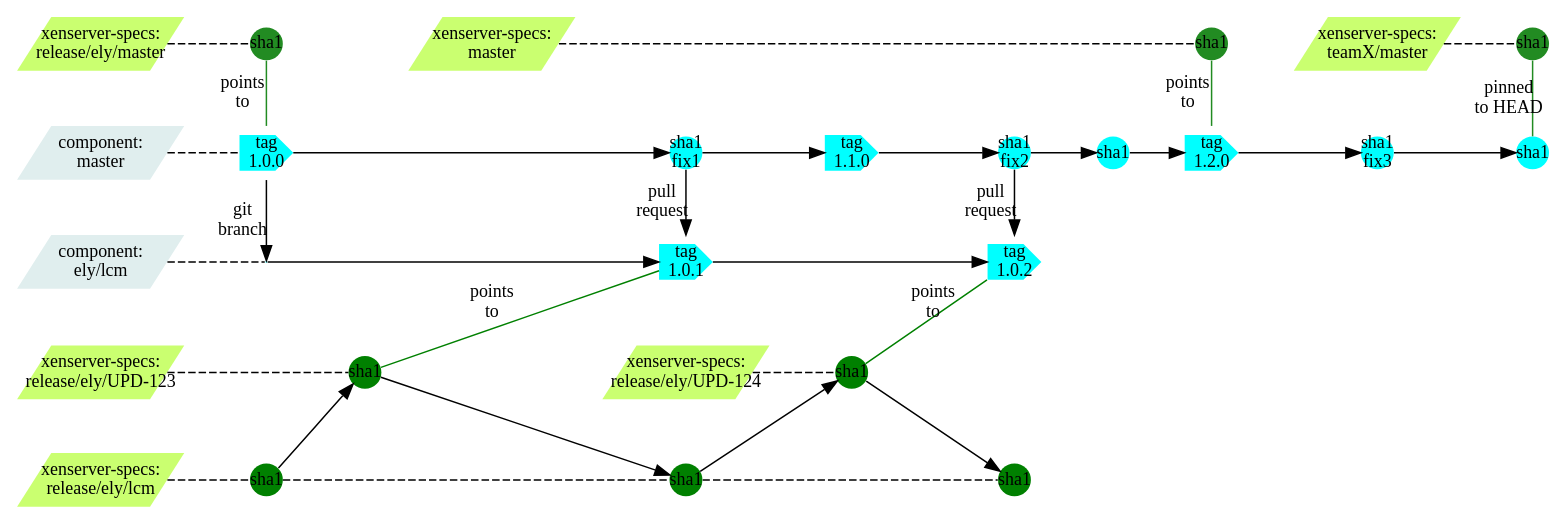
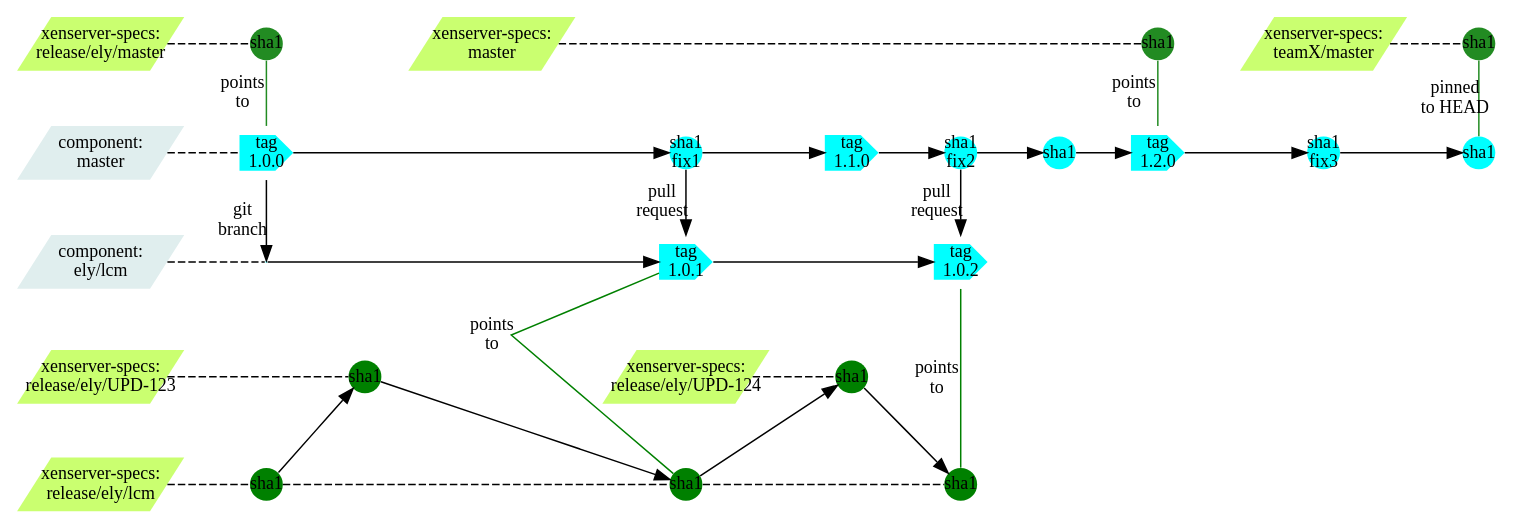
Before and after one commit to philippegabriel/XFormerBranchGraph: the diagram in XformerLCM1.dot, drawn with Graphviz.

Commit message:
First working version with edge skipping swimlanes

```diff
--- a/XformerLCM1.dot
+++ b/XformerLCM1.dot
@@ -1,94 +1,97 @@
 strict digraph g{
 rankdir="LR";
 //nodesep=0.5;
 //ranksep=0.25;
 splines=line;
 forcelabels=false;
 
 // general
 node [style=filled, color="black", fontcolor="black", font="Consolas", fontsize="12pt",fixedsize=false,penwidth=0];
 edge [style=filled, color="black", fontcolor="black", font="Consolas", fontsize="12pt"];
 
 // tags
 //node [shape=circle,width=0, height=0, margin="0.05"];
 node [width=0.3, height=0.3, fixedsize=true, shape=circle,penwidth=0]
 node [fillcolor=forestgreen];
 xsm1 [label="sha1"];
 xstx [label="sha1"];
 xsre [label="sha1"];
 node [fillcolor="cyan"];
 cma1 [shape=cds,width=0.5, height=0.5,label="tag\n1.0.0"];
 //node [width=0.3, height=0.3, fixedsize=true, shape=circle,penwidth=0]
 cma2 [label="sha1\nfix1"];
 cma3 [shape=cds,width=0.5, height=0.5,label="tag\n1.1.0"];
 cma4 [label="sha1\nfix2"];
 cma5 [label="sha1"];
 cma6 [shape=cds,width=0.5, height=0.5,label="tag\n1.2.0"];
 cma7 [label="sha1\nfix3"];
 cma8 [label="sha1"];
 clcm1 [width=0, height=0,shape=none,label=""];
 clcm2 [shape=cds,width=0.5, height=0.5,label="tag\n1.0.1"];
 clcm3 [shape=cds,width=0.5, height=0.5,label="tag\n1.0.2"];
 node [fillcolor="green"];
 node [shape=circle];
 upd0 [label="sha1"];
 upd1 [label="sha1"];
 xlcm0 [label="sha1"];
 xlcm1 [label="sha1"];
 xlcm2 [label="sha1"];
 // branch names
 node [width=1.5, height=0.5,shape=parallelogram,penwidth=0]
 //node [color="#b0b0b0", style=dashed, arrowhead=none,fixedsize=false, penwidth=0, fillcolor=none, shape=none, width=0, height=0, margin="0.05"];
 XenserverSpecsTeamX[label="xenserver-specs:\nteamX/master",fillcolor="darkolivegreen1"];
 XenserverSpecsRelEly[label="xenserver-specs:\nrelease/ely/master",fillcolor="darkolivegreen1"];
 XenserverSpecsMaster[label="xenserver-specs:\nmaster",fillcolor="darkolivegreen1"];
 ComponentMaster[label="component:\nmaster",fillcolor="azure2"];
 ComponentLCM[label="component:\nely/lcm",fillcolor="azure2"];
 XSSpecsUPD1[label="xenserver-specs:\nrelease/ely/UPD-123",fillcolor="darkolivegreen1"];
 XSSpecsUPD2[label="xenserver-specs:\nrelease/ely/UPD-124",fillcolor="darkolivegreen1"];
 XSSpecsLCM[label="xenserver-specs:\nrelease/ely/lcm",fillcolor="darkolivegreen1"];
 
 //graph
 subgraph{
 node [color="#b0b0b0", style=dashed, arrowhead=none];
 edge [style="invis"];
 rank=same;
 XenserverSpecsRelEly -> ComponentMaster -> ComponentLCM -> XSSpecsUPD1  -> XSSpecsLCM;
 }
 //edge [color="#b0b0b0", style=dashed, arrowhead=none ];
 edge [style=dashed, arrowhead=none ,weight=100];
 XenserverSpecsRelEly -> xsre;
 xsre -> XenserverSpecsMaster [style="invis"];
 XenserverSpecsMaster -> xsm1;
 xsm1 -> XenserverSpecsTeamX [style="invis"];
 XenserverSpecsTeamX -> xstx;
 ComponentMaster -> cma1;
 ComponentLCM -> clcm1;
 XSSpecsUPD1 -> upd0;
 upd0 -> XSSpecsUPD2 [style="invis"];
 XSSpecsUPD2 -> upd1;
 XSSpecsLCM -> xlcm0 -> xlcm1 -> xlcm2;
 edge [style=filled, arrowhead=normal];
 cma1 -> cma2 -> cma3 -> cma4 -> cma5 -> cma6 -> cma7 -> cma8;
 clcm1 -> clcm2 -> clcm3;
 //Xenserver specs - master, release pointers
 edge [style=filled, arrowhead=none , weight=1;label="points\nto",color=forestgreen];
 subgraph{rank=same;xsre -> cma1;}
 subgraph{rank=same;xsm1 -> cma6;}
 subgraph{rank=same;xstx -> cma8 [label="pinned\nto HEAD"];}
 
 //Pull requests
 edge [style=filled, arrowhead=normal,color=black];
 edge [label="git\nbranch"];
 subgraph{rank=same;cma1 -> clcm1;}
 edge [label="pull\nrequest"];
 subgraph{rank=same;cma2 -> clcm2;}
 subgraph{rank=same;cma4 -> clcm3;}
 edge [label=""];
 xlcm0 -> upd0;
 upd0 -> xlcm1;
-upd0 -> clcm2 [arrowhead=none ,label="points\nto",color=green];
+subgraph{rank=same;clcm2 -> xlcm1 [arrowhead=none ,label="points\nto",color=green];}
+//subgraph{rank=same;
+//clcm2 -> updInvis [arrowhead=none ,label="points\nto",color=green];
+//updInvis -> xlcm1 [arrowhead=none ,label="points\nto",color=green];}
 xlcm1 -> upd1;
 upd1 -> xlcm2;
-upd1 -> clcm3 [arrowhead=none ,label="points\nto",color=green];
+subgraph{rank=same;clcm3 -> xlcm2 [arrowhead=none ,label="points\nto",color=green];}
 }
```
